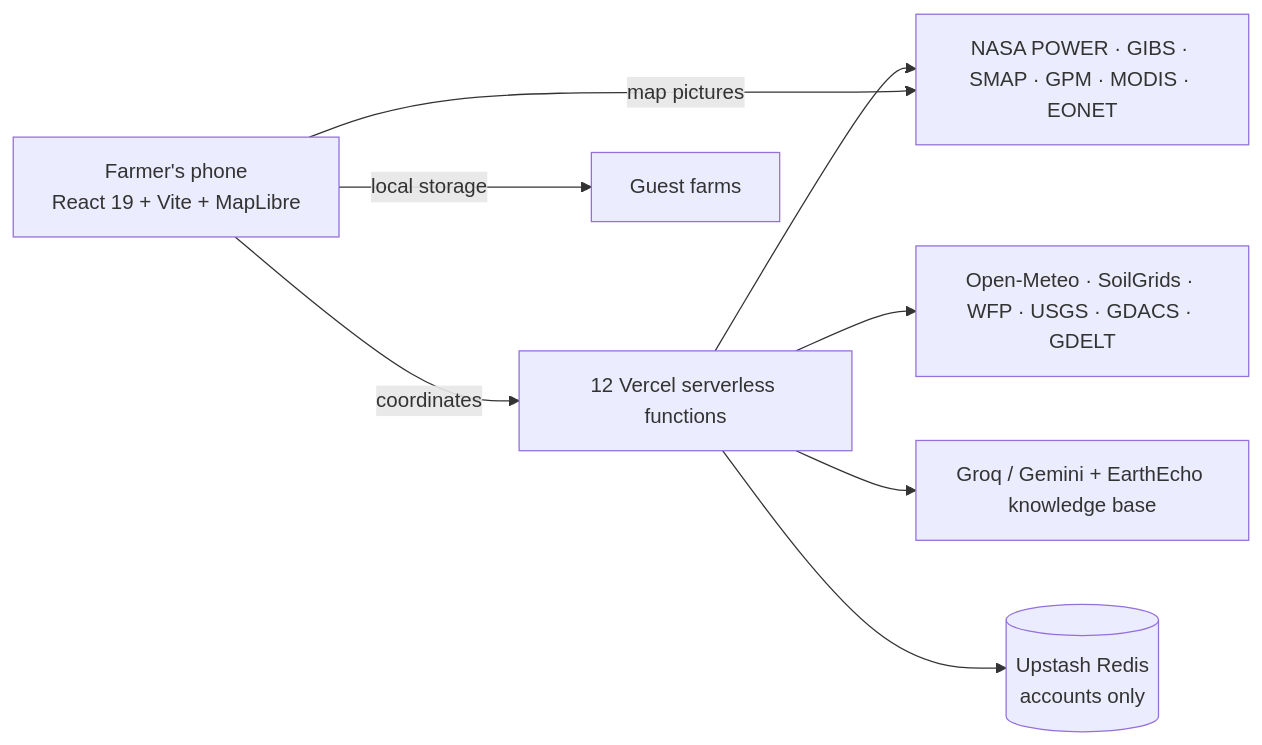
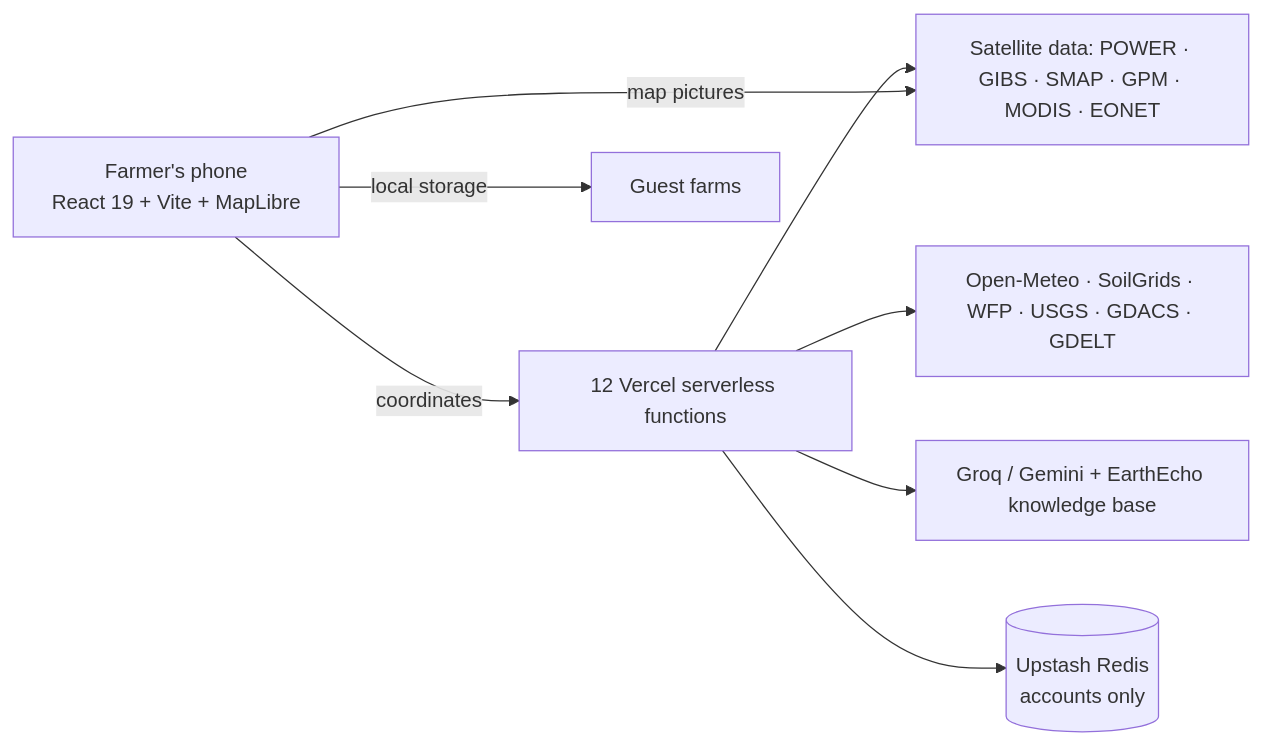
The diagram in README.md (ArmanAhmedMiraj/EarthEcho), drawn with Mermaid before and after one commit. The commit also changed other lines of this file and 4 other files, not shown here.

````diff
--- a/README.md
+++ b/README.md
@@ -421,10 +423,10 @@
 ```mermaid
 flowchart LR
   F[Farmer's phone<br/>React 19 + Vite + MapLibre] -->|coordinates| A[12 Vercel serverless functions]
-  A --> N[NASA POWER · GIBS · SMAP · GPM · MODIS · EONET]
+  A --> N[Satellite data: POWER · GIBS · SMAP · GPM · MODIS · EONET]
   A --> O[Open-Meteo · SoilGrids · WFP · USGS · GDACS · GDELT]
   A --> L[Groq / Gemini + EarthEcho knowledge base]
   A --> D[(Upstash Redis<br/>accounts only)]
   F -->|map pictures| N
   F -->|local storage| G[Guest farms]
 ```
````
